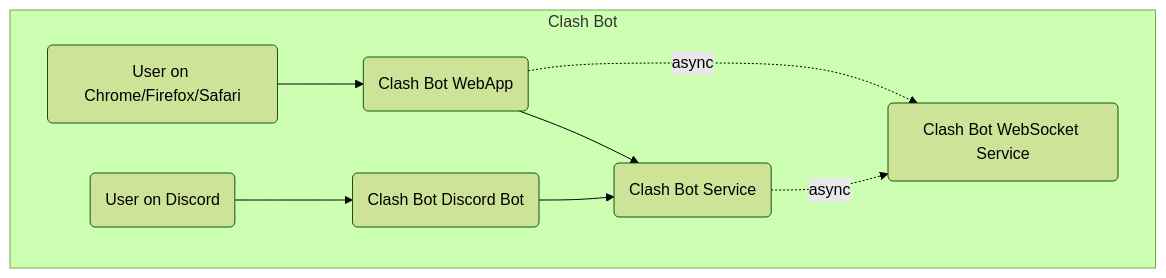
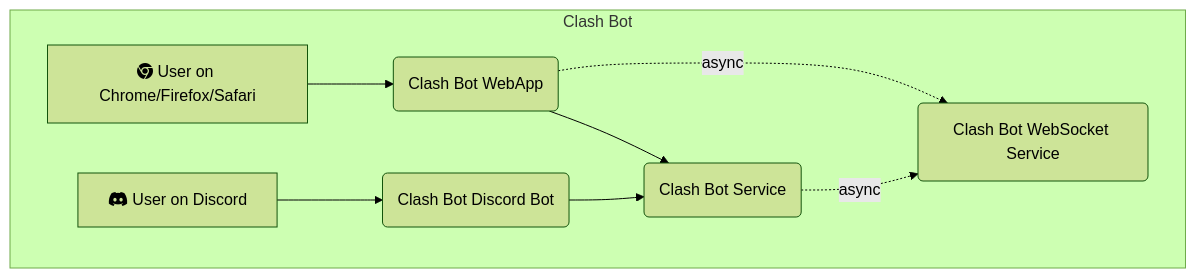
Before and after one commit to Poss111/Clash-Bot-Infrastructure: the diagram in README.md, drawn with Mermaid (forest theme).

Commit message:
- Adding in icons

````diff
--- a/README.md
+++ b/README.md
@@ -9,17 +9,17 @@
 ```mermaid
 flowchart TD
-    user(User on Chrome/Firefox/Safari)
-    userDiscord(User on Discord)
+    user["fab:fa-chrome User on Chrome/Firefox/Safari"]
+    userDiscord["fab:fa-discord User on Discord"]
     cbwa(Clash Bot WebApp)
     cbdb(Clash Bot Discord Bot)
     cbos(Clash Bot Service)
     cbwss(Clash Bot WebSocket Service)
     subgraph Clash Bot
         user --> cbwa
         userDiscord --> cbdb
         cbwa --> cbos
         cbwa -.async.-> cbwss
         cbos -.async.-> cbwss
         cbdb --> cbos
     end
 ```
````
